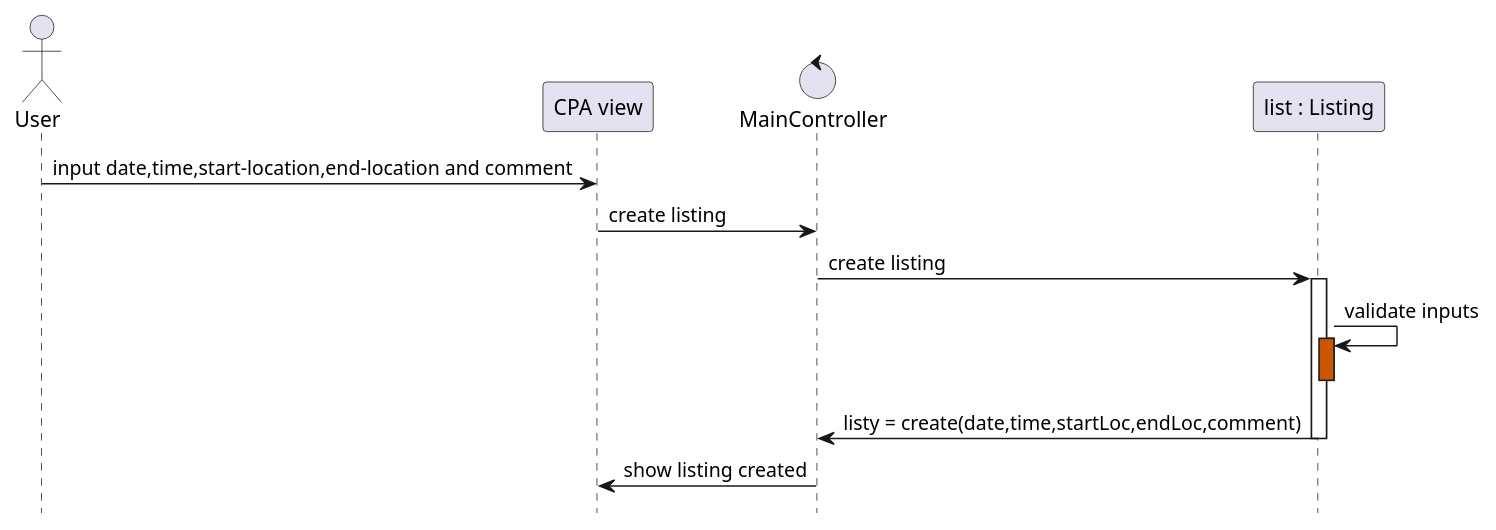
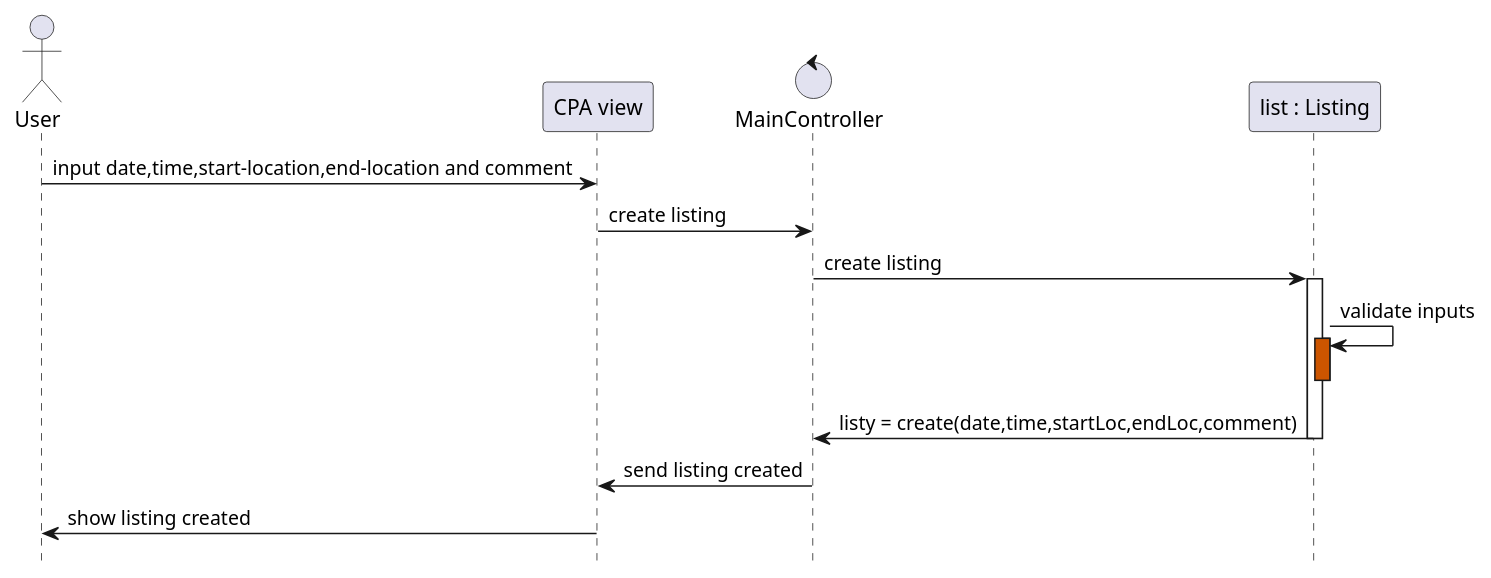
Before and after one commit to PriyaMulla/Carpool-Connect-VC: the third of 5 diagrams in doc/design.md, drawn with PlantUML. The commit also changed other lines of this file, not shown here.

Commit message:
Edited sequence diagrams

````diff
--- a/doc/design.md
+++ b/doc/design.md
@@ -96,27 +97,28 @@
 ```plantuml
 @startuml
 hide footbox
 
 'ACTORS
 actor "User" as user
 participant "CPA view" as system
 control "MainController" as controller
 participant "list : Listing" as listing
 
 'ACTIONS
 user -> system : input date,time,start-location,end-location and comment
 system -> controller : create listing
 controller -> listing : create listing
 
 activate listing
 
 listing -> listing : validate inputs
 activate listing #CC5500
 
 deactivate listing
 listing -> controller : listy = create(date,time,startLoc,endLoc,comment)
 deactivate listing
 
-controller -> system : show listing created
+controller -> system : send listing created
+system -> user : show listing created
 @enduml
 ```
````
